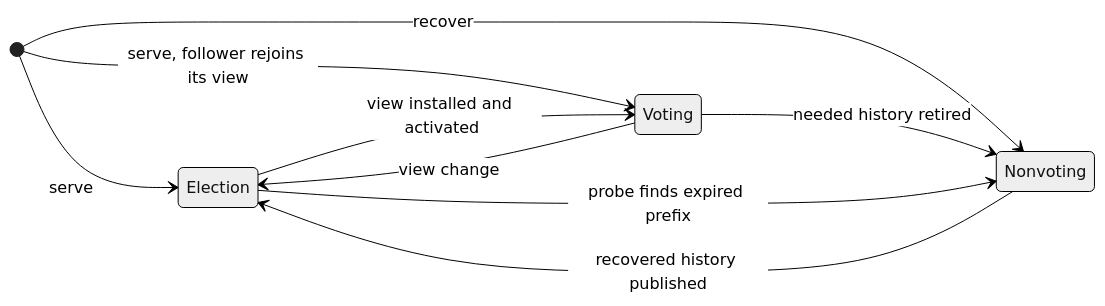
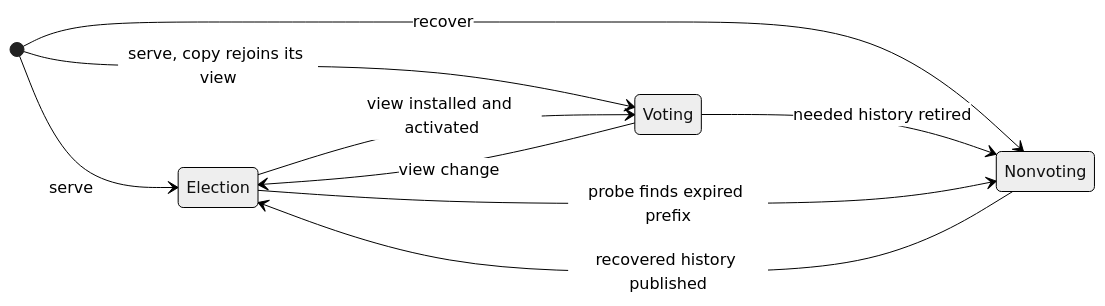
The second of 2 diagrams in doc/REPLICATION.md (paddor/ozzy), drawn with Mermaid (neutral theme) before and after one commit. The commit also changed other lines of this file and 31 other files, not shown here.

First line of the commit message:
Let a leader that stopped cleanly resume its view

````diff
--- a/doc/REPLICATION.md
+++ b/doc/REPLICATION.md
@@ -208,12 +208,12 @@
 ```mermaid
 stateDiagram-v2
     direction LR
     [*] --> Election: serve
-    [*] --> Voting: serve, follower rejoins its view
+    [*] --> Voting: serve, copy rejoins its view
     [*] --> Nonvoting: recover
     Election --> Voting: view installed and activated
     Voting --> Election: view change
     Voting --> Nonvoting: needed history retired
     Election --> Nonvoting: probe finds expired prefix
     Nonvoting --> Election: recovered history published
 ```
````
